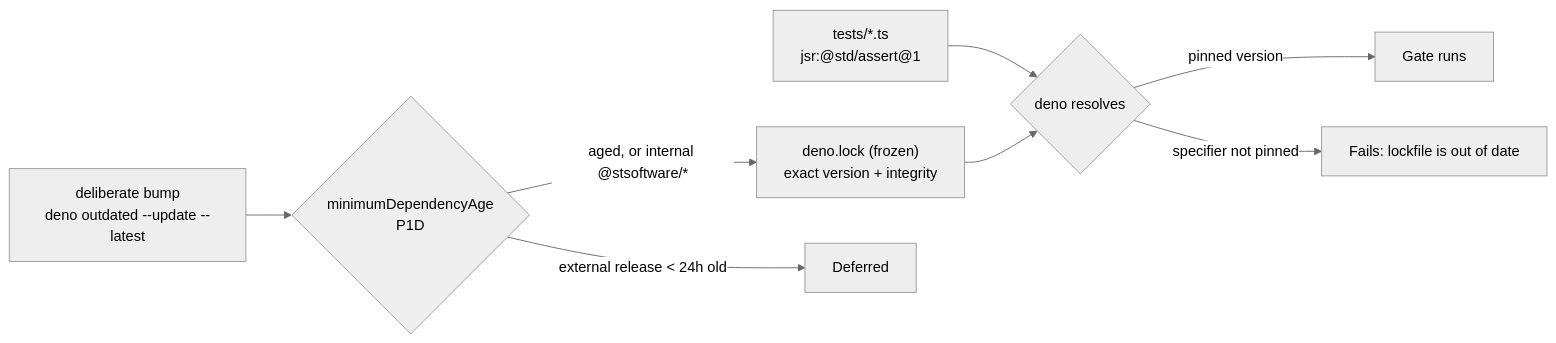
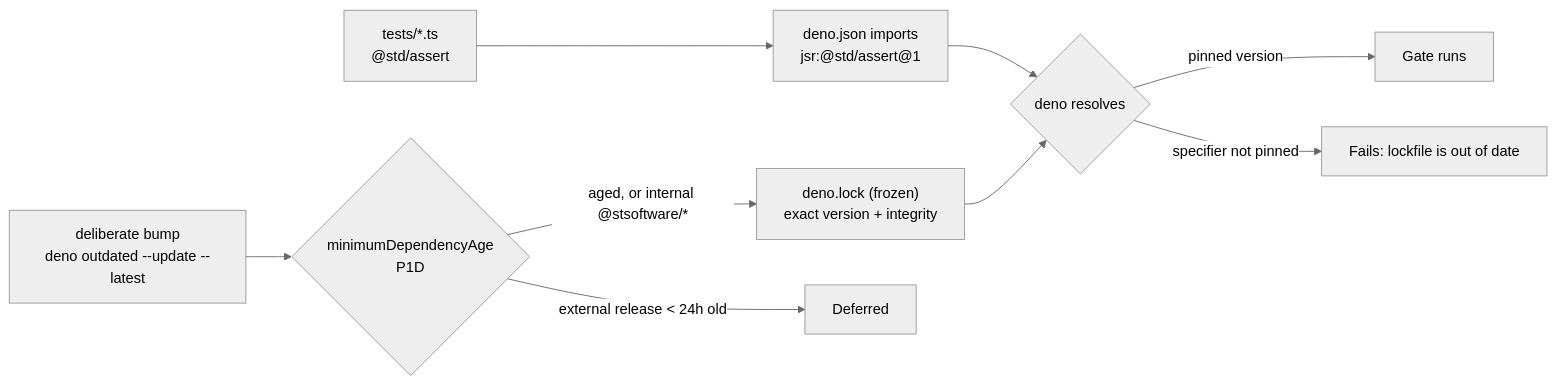
Before and after one commit to stSoftwareAU/NEAT-AI-core: diagram 25 of 26 in README.md, drawn with Mermaid (neutral theme). The commit also changed other lines of this file and 22 other files, not shown here.

````diff
--- a/README.md
+++ b/README.md
@@ -1636,10 +1647,11 @@
 ```mermaid
 flowchart LR
-    Src["tests/*.ts<br/>jsr:@std/assert@1"] --> Res{deno resolves}
+    Src["tests/*.ts<br/>@std/assert"] --> Map["deno.json imports<br/>jsr:@std/assert@1"]
+    Map --> Res{deno resolves}
     Lock["deno.lock (frozen)<br/>exact version + integrity"] --> Res
     Res -->|pinned version| Pass[Gate runs]
     Res -->|specifier not pinned| Fail["Fails: lockfile is out of date"]
     Bump["deliberate bump<br/>deno outdated --update --latest"] --> Age{"minimumDependencyAge<br/>P1D"}
     Age -->|"external release &lt; 24h old"| Defer[Deferred]
     Age -->|"aged, or internal @stsoftware/*"| Lock
 ```
````
